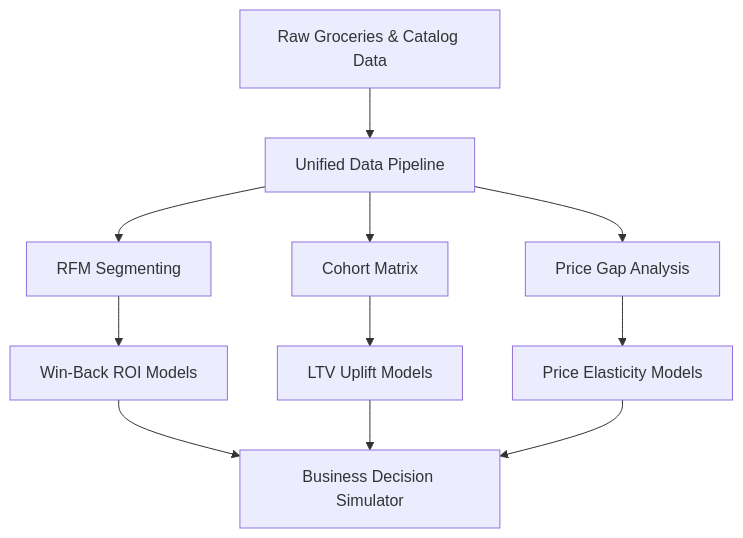
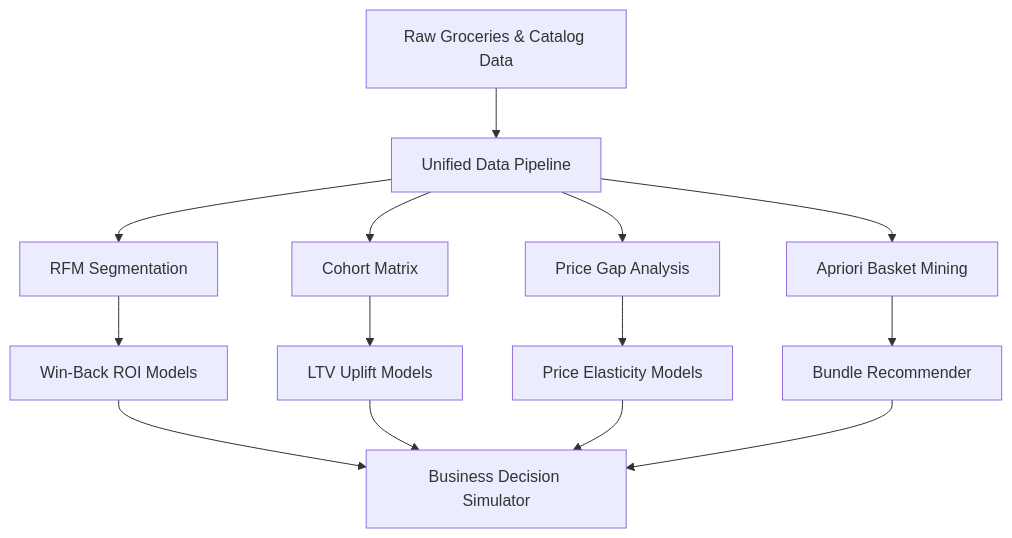
Before and after one commit to Yashaswini-V21/qc-pulse-india: the diagram in README.md, drawn with Mermaid. The commit also changed other lines of this file and 15 other files, not shown here.

````diff
--- a/README.md
+++ b/README.md
@@ -42,13 +66,16 @@
 ```mermaid
 graph TD
     A["Raw Groceries & Catalog Data"] --> B["Unified Data Pipeline"]
-    B --> C["RFM Segmenting"]
+    B --> C["RFM Segmentation"]
     B --> D["Cohort Matrix"]
     B --> E["Price Gap Analysis"]
-    C --> F["Win-Back ROI Models"]
-    D --> G["LTV Uplift Models"]
-    E --> H["Price Elasticity Models"]
-    F --> I["Business Decision Simulator"]
-    G --> I
-    H --> I
+    B --> F["Apriori Basket Mining"]
+    C --> G["Win-Back ROI Models"]
+    D --> H["LTV Uplift Models"]
+    E --> I["Price Elasticity Models"]
+    F --> J["Bundle Recommender"]
+    G --> K["Business Decision Simulator"]
+    H --> K
+    I --> K
+    J --> K
 ```
````
